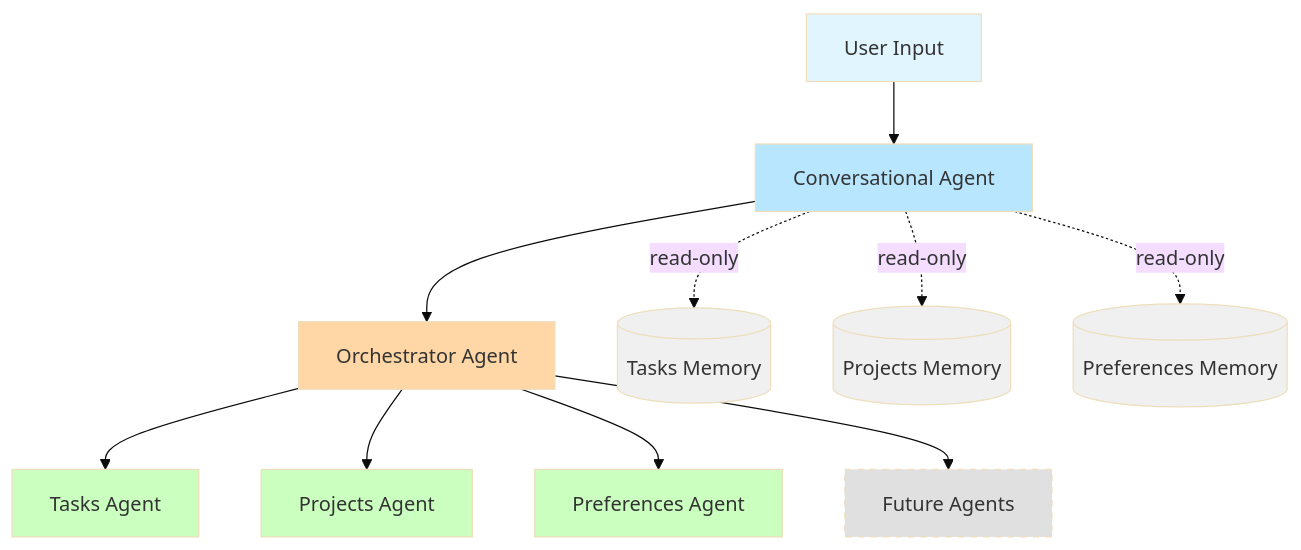
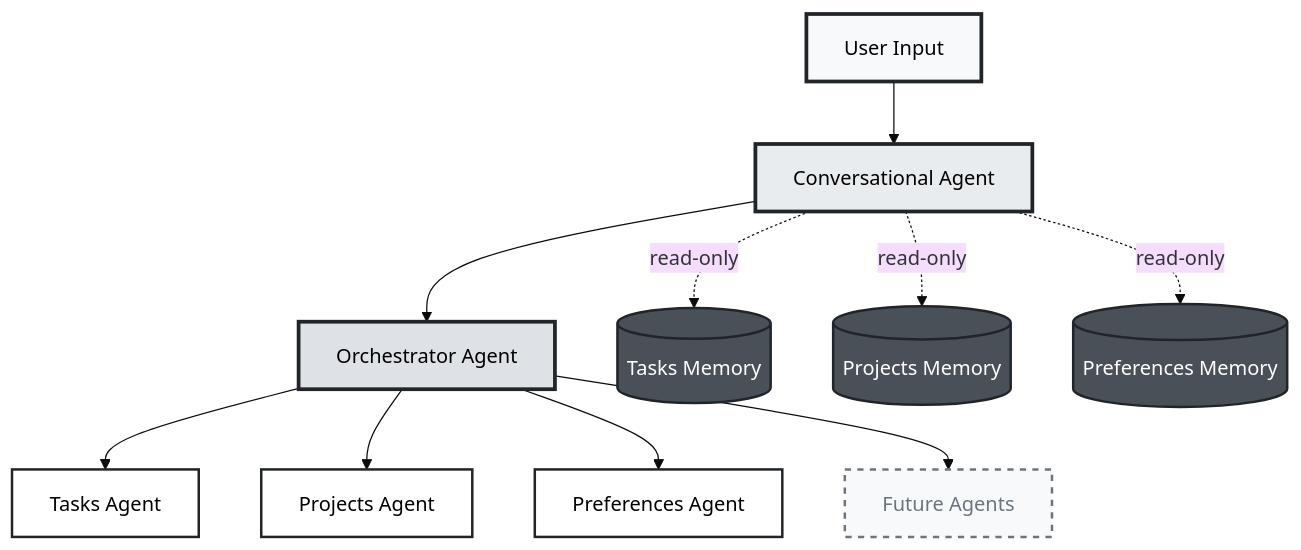
One commit to j4redux/omni_multi_agent changed the diagram in README.md. Above: the diagram before and after it, drawn with Mermaid (base theme).

Commit message:
Update arch diagram styling

````diff
--- a/README.md
+++ b/README.md
@@ -21,28 +21,24 @@
 ```mermaid
 graph TD
     User[User Input] --> Conv[Conversational Agent]
     Conv --> Orch[Orchestrator Agent]
     Orch --> Tasks[Tasks Agent]
     Orch --> Projects[Projects Agent]
     Orch --> Prefs[Preferences Agent]
     Orch --> Future[Future Agents]
     
     Conv -.read-only.-> TasksMem[(Tasks Memory)]
     Conv -.read-only.-> ProjectsMem[(Projects Memory)]
     Conv -.read-only.-> PrefsMem[(Preferences Memory)]
     
-    style User fill:#e1f5ff
-    style Conv fill:#b8e6ff
-    style Orch fill:#ffd6a5
-    style Tasks fill:#caffbf
-    style Projects fill:#caffbf
-    style Prefs fill:#caffbf
-    style Future fill:#e0e0e0,stroke-dasharray: 5 5
-    style TasksMem fill:#f0f0f0
-    style ProjectsMem fill:#f0f0f0
-    style PrefsMem fill:#f0f0f0
-    
-    classDef agent fill:#caffbf,stroke:#333,stroke-width:2px
-    classDef orchestrator fill:#ffd6a5,stroke:#333,stroke-width:2px
-    classDef interface fill:#b8e6ff,stroke:#333,stroke-width:2px
+    style User fill:#f8f9fa,stroke:#212529,stroke-width:3px,color:#000
+    style Conv fill:#e9ecef,stroke:#212529,stroke-width:3px,color:#000
+    style Orch fill:#dee2e6,stroke:#212529,stroke-width:3px,color:#000
+    style Tasks fill:#fff,stroke:#212529,stroke-width:2px,color:#000
+    style Projects fill:#fff,stroke:#212529,stroke-width:2px,color:#000
+    style Prefs fill:#fff,stroke:#212529,stroke-width:2px,color:#000
+    style Future fill:#f8f9fa,stroke:#6c757d,stroke-width:2px,stroke-dasharray: 5 5,color:#6c757d
+    style TasksMem fill:#495057,stroke:#212529,stroke-width:2px,color:#fff
+    style ProjectsMem fill:#495057,stroke:#212529,stroke-width:2px,color:#fff
+    style PrefsMem fill:#495057,stroke:#212529,stroke-width:2px,color:#fff
 ```
````
